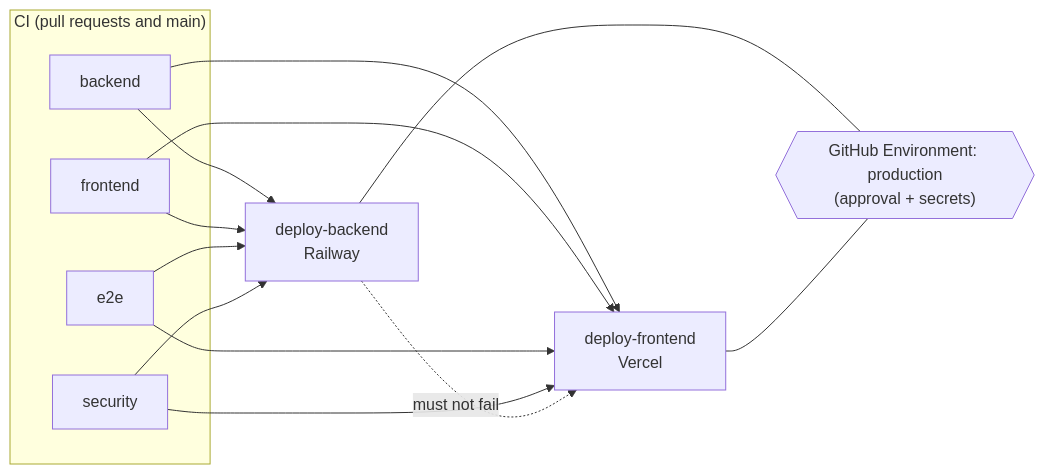
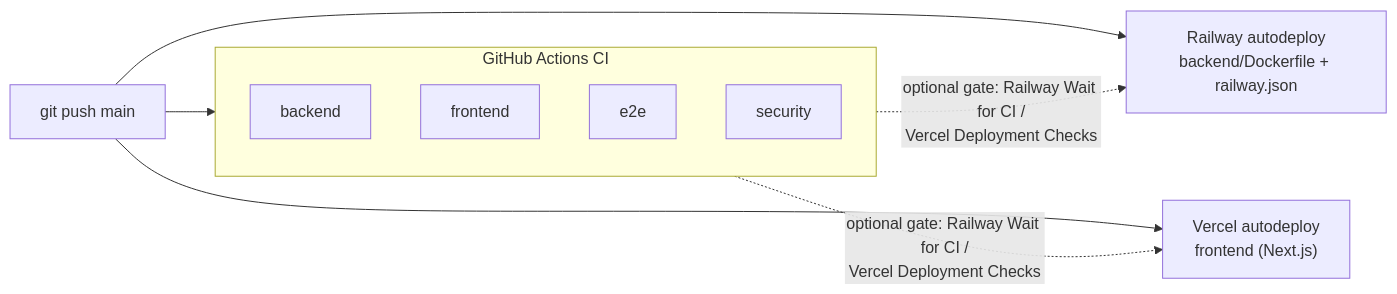
One commit to Shelunagori/ecommerce-ai-ops-agent changed the diagram in docs/CI_CD.md. Above: the diagram before and after it, drawn with Mermaid. The commit also changed other lines of this file and 5 other files, not shown here.

Commit message:
ci: simplify deployments with Railway and Vercel git integration

````diff
--- a/docs/CI_CD.md
+++ b/docs/CI_CD.md
@@ -8,13 +14,13 @@
 ```mermaid
 flowchart LR
-  subgraph CI["CI (pull requests and main)"]
-    B[backend] 
+  P[git push main] --> CI
+  subgraph CI["GitHub Actions CI"]
+    B[backend]
     F[frontend]
     E[e2e]
     S[security]
   end
-  B & F & E & S --> DB[deploy-backend<br/>Railway]
-  B & F & E & S --> DF[deploy-frontend<br/>Vercel]
-  DB -. "must not fail" .-> DF
-  DB & DF --- ENV{{"GitHub Environment: production<br/>(approval + secrets)"}}
+  P --> R["Railway autodeploy<br/>backend/Dockerfile + railway.json"]
+  P --> V["Vercel autodeploy<br/>frontend (Next.js)"]
+  CI -. "optional gate: Railway Wait for CI /<br/>Vercel Deployment Checks" .-> R & V
 ```
````
